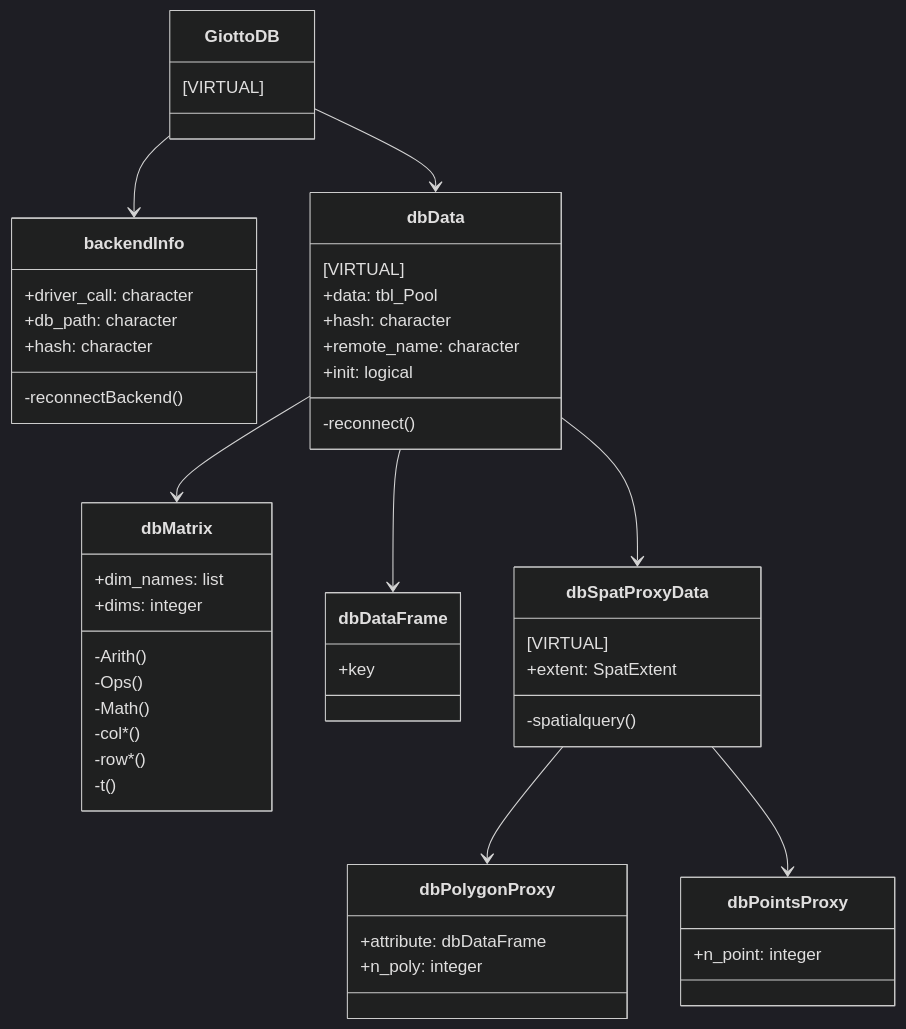
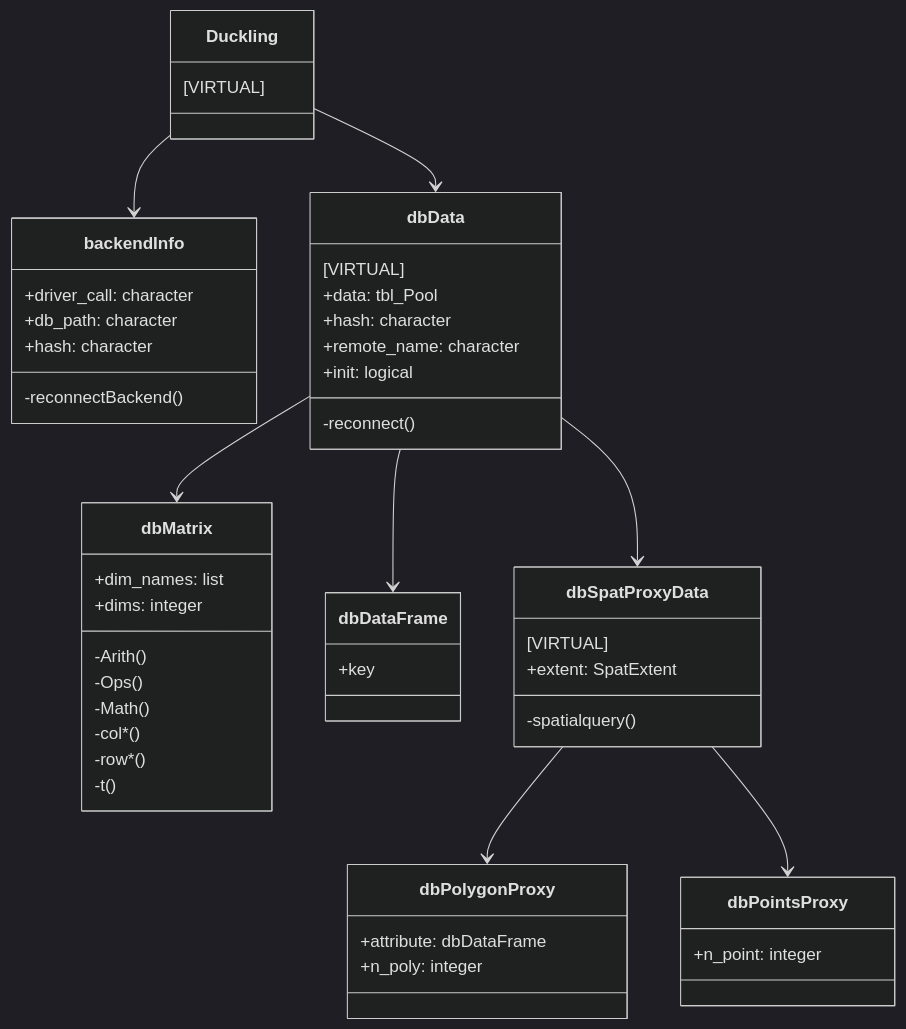
The diagram in doc/class_diagram.md (drieslab/dbMatrix), drawn with Mermaid (dark theme) before and after one commit. The commit also changed 46 other files, not shown here.

````diff
--- a/doc/class_diagram.md
+++ b/doc/class_diagram.md
@@ -6,51 +6,51 @@
 ``` mermaid
 classDiagram
-class GiottoDB {[VIRTUAL]}
+class Duckling {[VIRTUAL]}
 class backendInfo {
   +driver_call: character
   +db_path: character
   +hash: character
   -reconnectBackend()
 }
 class dbData {
   [VIRTUAL]
   +data: tbl_Pool
   +hash: character
   +remote_name: character
   +init: logical
   -reconnect()
 }
 class dbMatrix {
   +dim_names: list
   +dims: integer
   -Arith()
   -Ops()
   -Math()
   -col*()
   -row*()
   -t()
 }
 class dbDataFrame {
   +key
 }
 class dbSpatProxyData {
   [VIRTUAL]
   +extent: SpatExtent
   -spatialquery()
 }
 class dbPolygonProxy {
   +attribute: dbDataFrame
   +n_poly: integer
 }
 class dbPointsProxy {
   +n_point: integer
 }
 
-GiottoDB --> dbData
-GiottoDB --> backendInfo
+Duckling --> dbData
+Duckling --> backendInfo
 dbData --> dbDataFrame
 dbData --> dbMatrix
 dbData --> dbSpatProxyData
 dbSpatProxyData --> dbPolygonProxy
 dbSpatProxyData --> dbPointsProxy
 ```
````
